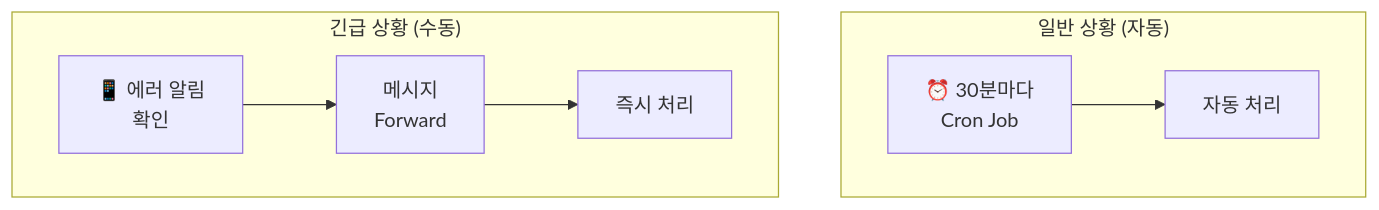
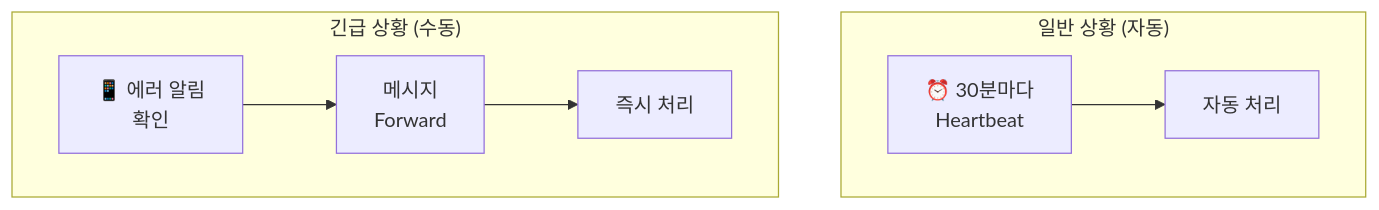
The fourth of 6 diagrams in content/blog/trends/openclaw-error-autopilot.ko.md (12OneTwo12/12OneTwo12.github.io), drawn with Mermaid before and after one commit. The commit also changed other lines of this file and 1 other file, not shown here.

Commit message:
docs: openclaw crontab to heartbeat 로컬 테스트 삭제

````diff
--- a/content/blog/trends/openclaw-error-autopilot.ko.md
+++ b/content/blog/trends/openclaw-error-autopilot.ko.md
@@ -467,10 +467,10 @@
 ```mermaid
 flowchart TB
     subgraph "일반 상황 (자동)"
-        Cron1["⏰ 30분마다<br/>Cron Job"] --> Auto["자동 처리"]
+        Cron1["⏰ 30분마다<br/>Heartbeat"] --> Auto["자동 처리"]
     end
 
     subgraph "긴급 상황 (수동)"
         Alert["📱 에러 알림<br/>확인"] --> Forward["메시지<br/>Forward"] --> Manual["즉시 처리"]
     end
 ```
````
